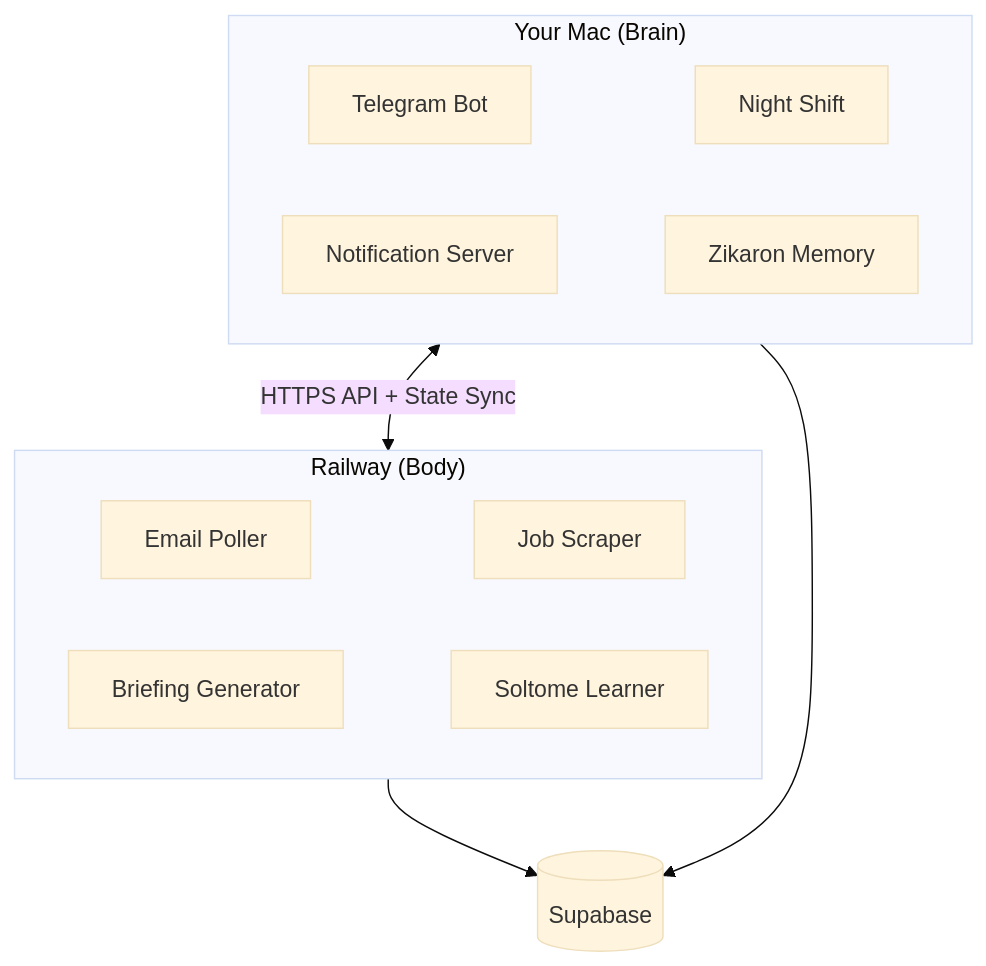
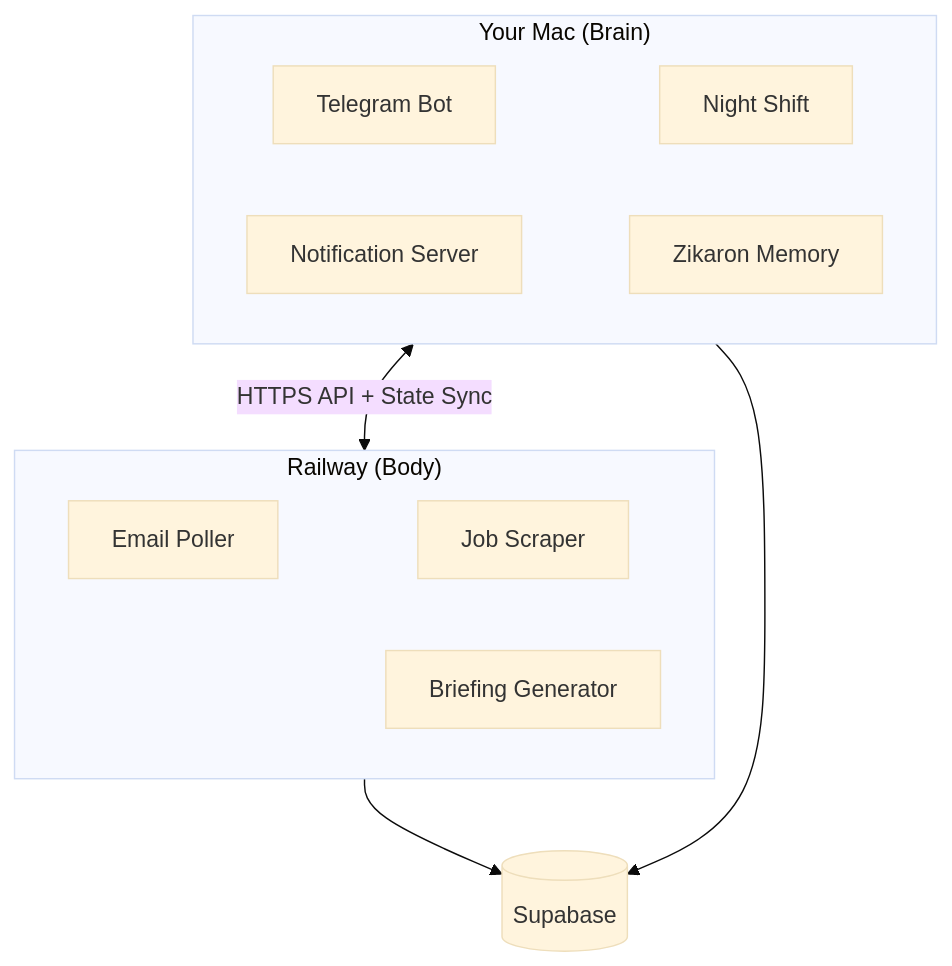
Before and after one commit to naeemkhan3starjee079-spec/golems: the first of 2 diagrams in packages/docsite/docs/architecture.md, drawn with Mermaid (base theme). The commit also changed other lines of this file and 5 other files, not shown here.

````diff
--- a/packages/docsite/docs/architecture.md
+++ b/packages/docsite/docs/architecture.md
@@ -13,16 +13,16 @@
 ```mermaid
 flowchart TB
     subgraph mac["Your Mac (Brain)"]
         direction LR
         T[Telegram Bot] ~~~ N[Night Shift]
         NS[Notification Server] ~~~ Z[Zikaron Memory]
     end
     subgraph rail["Railway (Body)"]
         direction LR
         EP[Email Poller] ~~~ JS[Job Scraper]
-        BG[Briefing Generator] ~~~ SL[Soltome Learner]
+        BG[Briefing Generator]
     end
     mac <-->|"HTTPS API + State Sync"| rail
     rail --> DB[(Supabase)]
     mac --> DB
 ```
````
